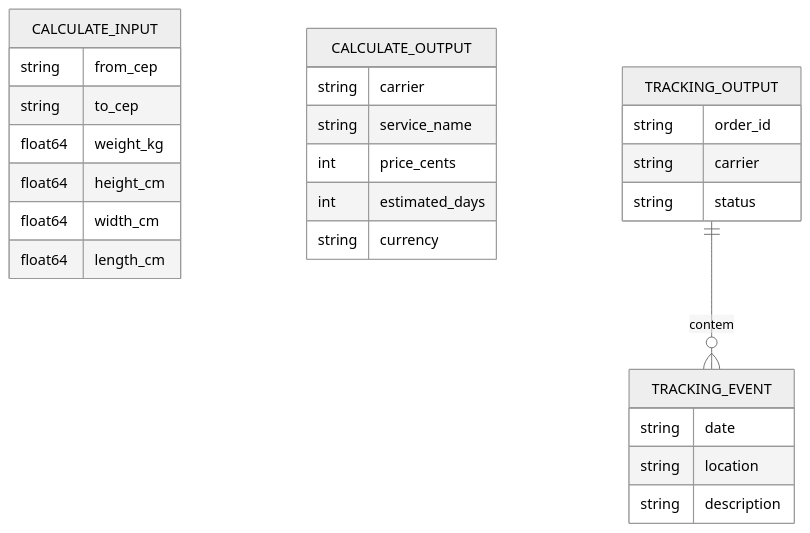
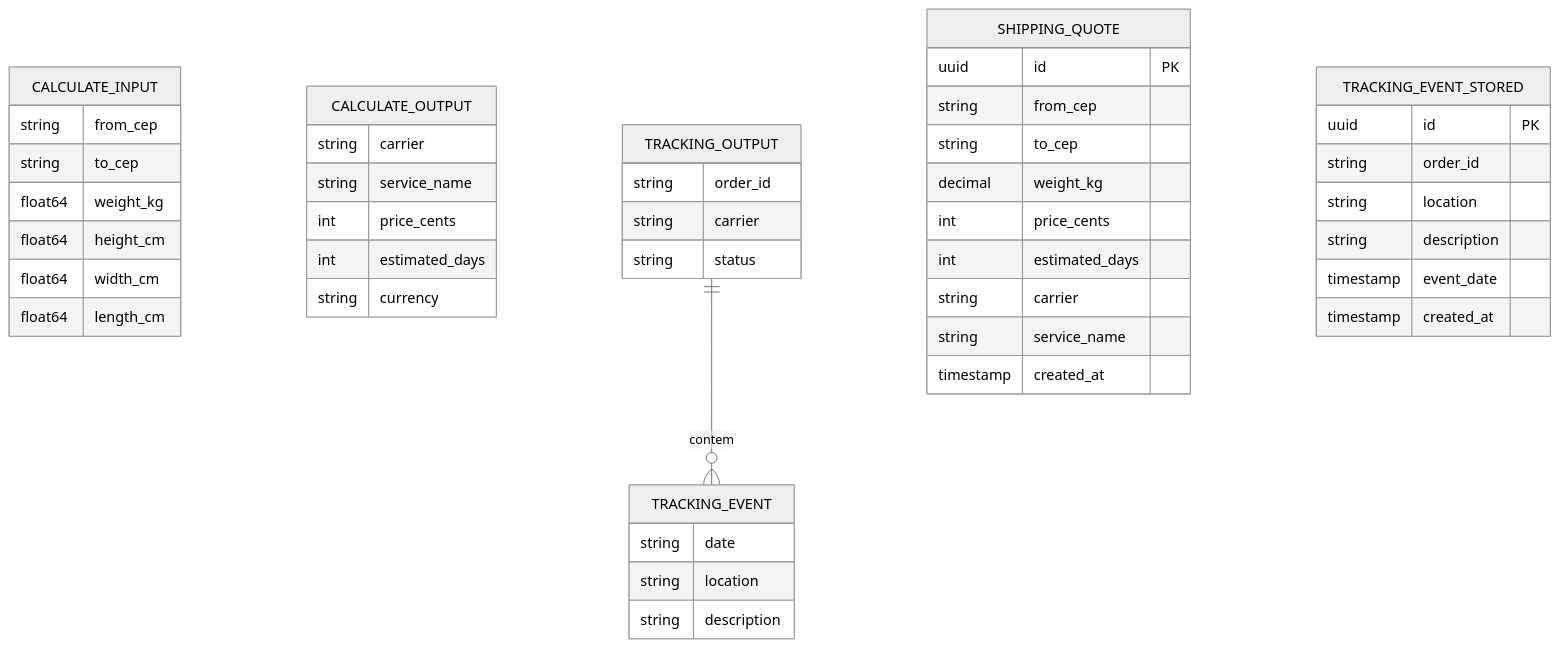
Before and after one commit to odevpedro/ecom-shipping-service: the diagram in docs/data-model.md, drawn with Mermaid (neutral theme). The commit also changed other lines of this file and 15 other files, not shown here.

````diff
--- a/docs/data-model.md
+++ b/docs/data-model.md
@@ -29,33 +29,54 @@
 ```mermaid
 erDiagram
     CALCULATE_INPUT {
         string from_cep
         string to_cep
         float64 weight_kg
         float64 height_cm
         float64 width_cm
         float64 length_cm
     }
 
     CALCULATE_OUTPUT {
         string carrier
         string service_name
         int price_cents
         int estimated_days
         string currency
     }
 
     TRACKING_OUTPUT {
         string order_id
         string carrier
         string status
     }
 
     TRACKING_EVENT {
         string date
         string location
         string description
     }
 
     TRACKING_OUTPUT ||--o{ TRACKING_EVENT : contem
+
+    SHIPPING_QUOTE {
+        uuid id PK
+        string from_cep
+        string to_cep
+        decimal weight_kg
+        int price_cents
+        int estimated_days
+        string carrier
+        string service_name
+        timestamp created_at
+    }
+
+    TRACKING_EVENT_STORED {
+        uuid id PK
+        string order_id
+        string location
+        string description
+        timestamp event_date
+        timestamp created_at
+    }
 ```
````
